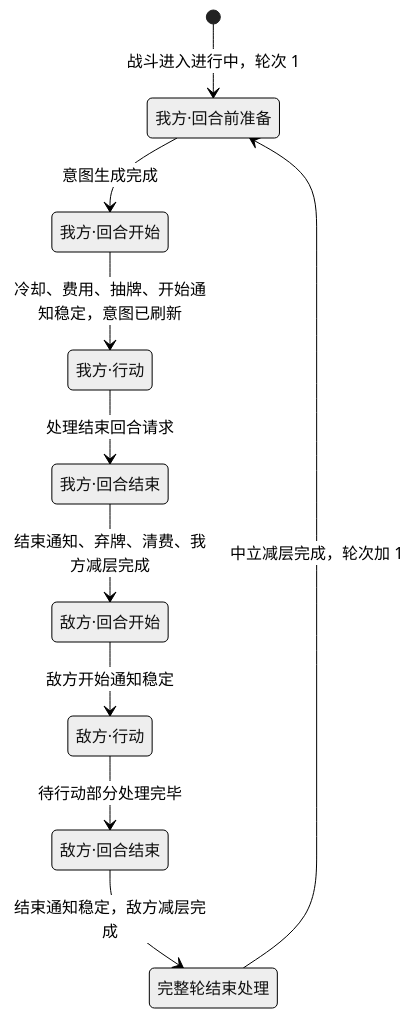
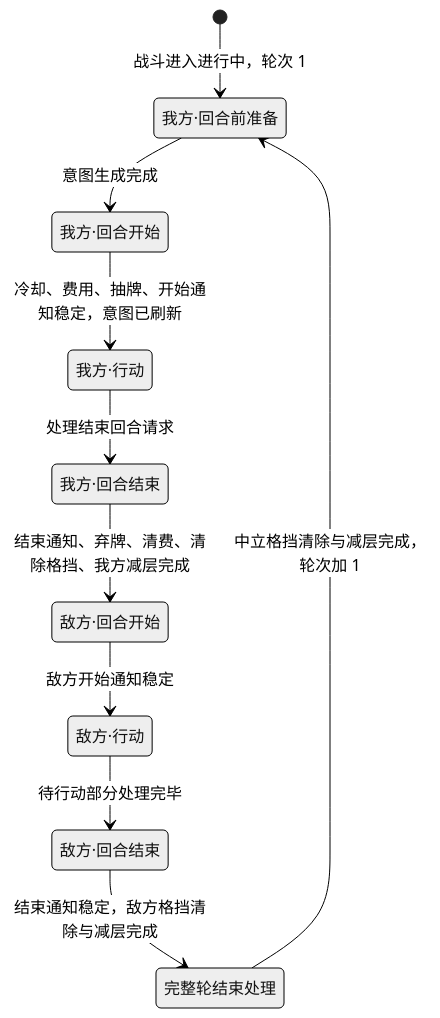
The fifth of 5 diagrams in Docs/TDD/战斗系统/战斗流程与回合状态机.md (Ingenious-FanBlade/Project-Poly), drawn with Mermaid (neutral theme) before and after one commit. The commit also changed other lines of this file and 6 other files, not shown here.

````diff
--- a/Docs/TDD/战斗系统/战斗流程与回合状态机.md
+++ b/Docs/TDD/战斗系统/战斗流程与回合状态机.md
@@ -337,20 +341,20 @@
 ```mermaid
 stateDiagram-v2
     state "我方·回合前准备" as OP
     state "我方·回合开始" as OS
     state "我方·行动" as OA
     state "我方·回合结束" as OE
     state "敌方·回合开始" as ES
     state "敌方·行动" as EA
     state "敌方·回合结束" as EE
     state "完整轮结束处理" as RE
     [*] --> OP: 战斗进入进行中，轮次 1
     OP --> OS: 意图生成完成
     OS --> OA: 冷却、费用、抽牌、开始通知稳定，意图已刷新
     OA --> OE: 处理结束回合请求
-    OE --> ES: 结束通知、弃牌、清费、我方减层完成
+    OE --> ES: 结束通知、弃牌、清费、清除格挡、我方减层完成
     ES --> EA: 敌方开始通知稳定
     EA --> EE: 待行动部分处理完毕
-    EE --> RE: 结束通知稳定，敌方减层完成
-    RE --> OP: 中立减层完成，轮次加 1
+    EE --> RE: 结束通知稳定，敌方格挡清除与减层完成
+    RE --> OP: 中立格挡清除与减层完成，轮次加 1
 ```
````
